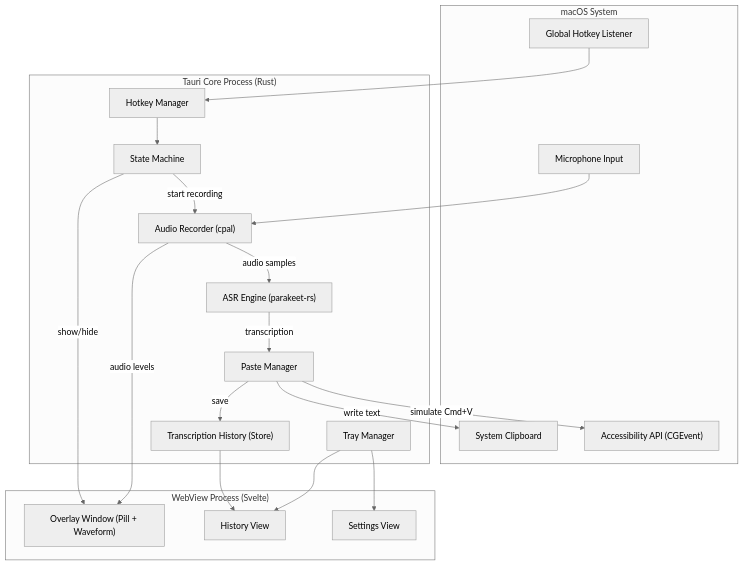
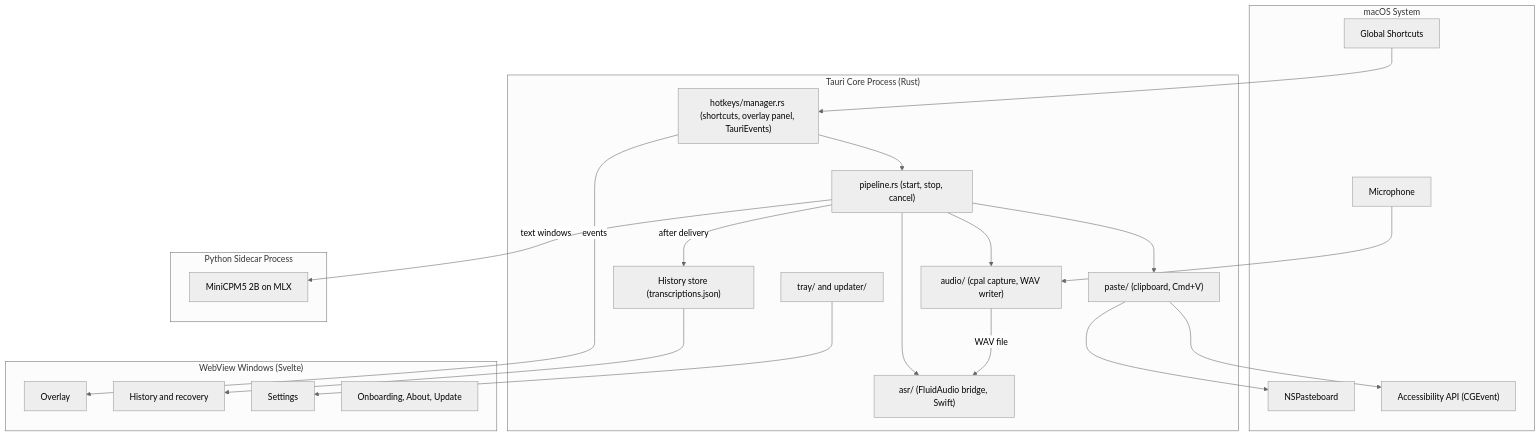
Before and after one commit to juanqui/sottoasr: the first of 5 diagrams in docs/designs/architecture.md, drawn with Mermaid (neutral theme). The commit also changed other lines of this file and 146 other files, not shown here.

````diff
--- a/docs/designs/architecture.md
+++ b/docs/designs/architecture.md
@@ -84,40 +83,45 @@
 ```mermaid
 flowchart TB
     subgraph macOS["macOS System"]
-        HK["Global Hotkey Listener"]
-        MIC["Microphone Input"]
-        CB["System Clipboard"]
+        HK["Global Shortcuts"]
+        MIC["Microphone"]
+        CB["NSPasteboard"]
         AX["Accessibility API (CGEvent)"]
     end
 
-    subgraph Tauri["Tauri Core Process (Rust)"]
-        HM["Hotkey Manager"]
-        AR["Audio Recorder (cpal)"]
-        ASR["ASR Engine (parakeet-rs)"]
-        PM["Paste Manager"]
-        TH["Transcription History (Store)"]
-        TM["Tray Manager"]
-        SM["State Machine"]
+    subgraph Core["Tauri Core Process (Rust)"]
+        HM["hotkeys/manager.rs (shortcuts, overlay panel, TauriEvents)"]
+        PL["pipeline.rs (start, stop, cancel)"]
+        AR["audio/ (cpal capture, WAV writer)"]
+        ASR["asr/ (FluidAudio bridge, Swift)"]
+        PM["paste/ (clipboard, Cmd+V)"]
+        TH["History store (transcriptions.json)"]
+        TM["tray/ and updater/"]
     end
 
-    subgraph WebView["WebView Process (Svelte)"]
-        OV["Overlay Window (Pill + Waveform)"]
-        HV["History View"]
-        SV["Settings View"]
+    subgraph Sidecar["Python Sidecar Process"]
+        LLM["MiniCPM5 2B on MLX"]
+    end
+
+    subgraph WebView["WebView Windows (Svelte)"]
+        OV["Overlay"]
+        HV["History and recovery"]
+        SV["Settings"]
+        ON["Onboarding, About, Update"]
     end
 
     HK --> HM
-    HM --> SM
-    SM -->|start recording| AR
-    AR -->|audio samples| ASR
-    ASR -->|transcription| PM
-    PM -->|write text| CB
-    PM -->|simulate Cmd+V| AX
-    PM -->|save| TH
-    SM -->|show/hide| OV
-    AR -->|audio levels| OV
+    HM --> PL
+    MIC --> AR
+    PL --> AR
+    AR -->|WAV file| ASR
+    PL --> ASR
+    PL -->|text windows| LLM
+    PL --> PM
+    PM --> CB
+    PM --> AX
+    PL -->|after delivery| TH
+    HM -->|events| OV
     TH --> HV
-    TM --> HV
     TM --> SV
-    MIC --> AR
 ```
````
